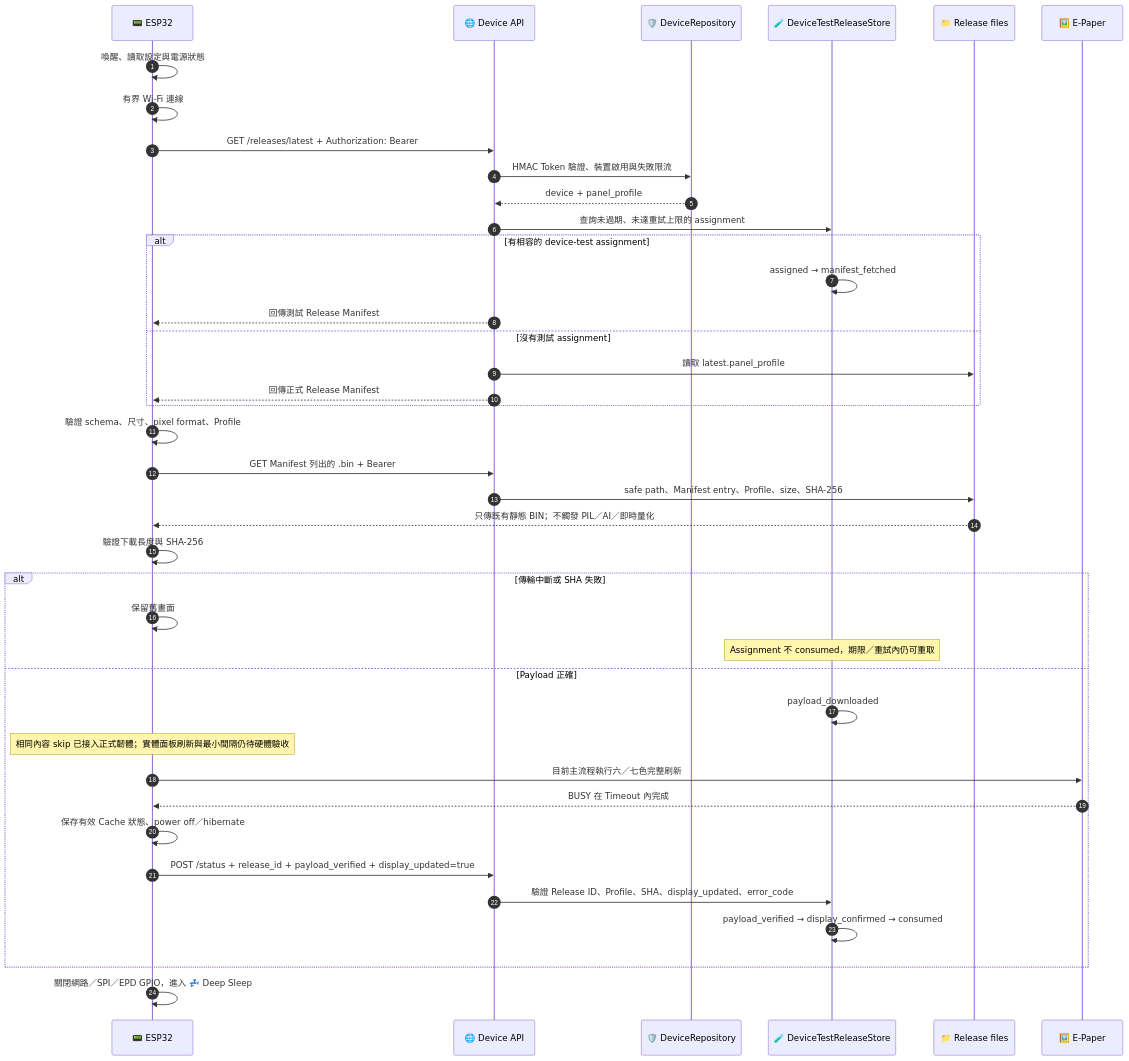
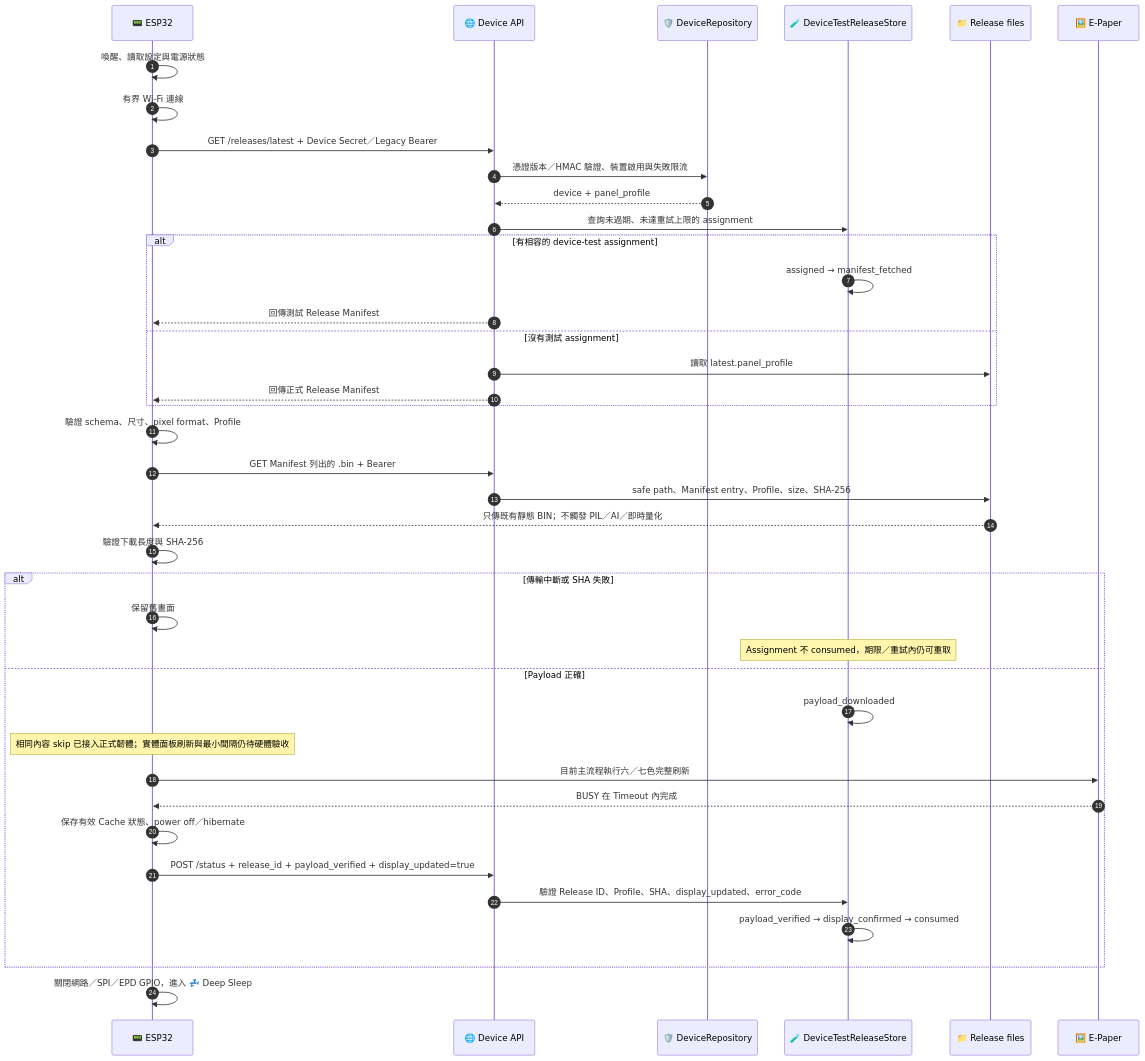
Diagram 11 of 15 in README.md (steven87090799/InkTime), drawn with Mermaid before and after one commit. The commit also changed other lines of this file and 46 other files, not shown here.

````diff
--- a/README.md
+++ b/README.md
@@ -436,43 +436,43 @@
 ```mermaid
 sequenceDiagram
     autonumber
     participant E as 📟 ESP32
     participant A as 🌐 Device API
     participant D as 🛡️ DeviceRepository
     participant T as 🧪 DeviceTestReleaseStore
     participant F as 📁 Release files
     participant P as 🖼️ E-Paper
 
     E->>E: 喚醒、讀取設定與電源狀態
     E->>E: 有界 Wi-Fi 連線
-    E->>A: GET /releases/latest + Authorization: Bearer
-    A->>D: HMAC Token 驗證、裝置啟用與失敗限流
+    E->>A: GET /releases/latest + Device Secret／Legacy Bearer
+    A->>D: 憑證版本／HMAC 驗證、裝置啟用與失敗限流
     D-->>A: device + panel_profile
     A->>T: 查詢未過期、未達重試上限的 assignment
     alt 有相容的 device-test assignment
         T->>T: assigned → manifest_fetched
         A-->>E: 回傳測試 Release Manifest
     else 沒有測試 assignment
         A->>F: 讀取 latest.panel_profile
         A-->>E: 回傳正式 Release Manifest
     end
     E->>E: 驗證 schema、尺寸、pixel format、Profile
     E->>A: GET Manifest 列出的 .bin + Bearer
     A->>F: safe path、Manifest entry、Profile、size、SHA-256
     F-->>E: 只傳既有靜態 BIN；不觸發 PIL／AI／即時量化
     E->>E: 驗證下載長度與 SHA-256
     alt 傳輸中斷或 SHA 失敗
         E->>E: 保留舊畫面
         Note over T: Assignment 不 consumed，期限／重試內仍可重取
     else Payload 正確
         T->>T: payload_downloaded
         Note over E: 相同內容 skip 已接入正式韌體；實體面板刷新與最小間隔仍待硬體驗收
         E->>P: 目前主流程執行六／七色完整刷新
         P-->>E: BUSY 在 Timeout 內完成
         E->>E: 保存有效 Cache 狀態、power off／hibernate
         E->>A: POST /status + release_id + payload_verified + display_updated=true
         A->>T: 驗證 Release ID、Profile、SHA、display_updated、error_code
         T->>T: payload_verified → display_confirmed → consumed
     end
     E->>E: 關閉網路／SPI／EPD GPIO，進入 💤 Deep Sleep
 ```
````
